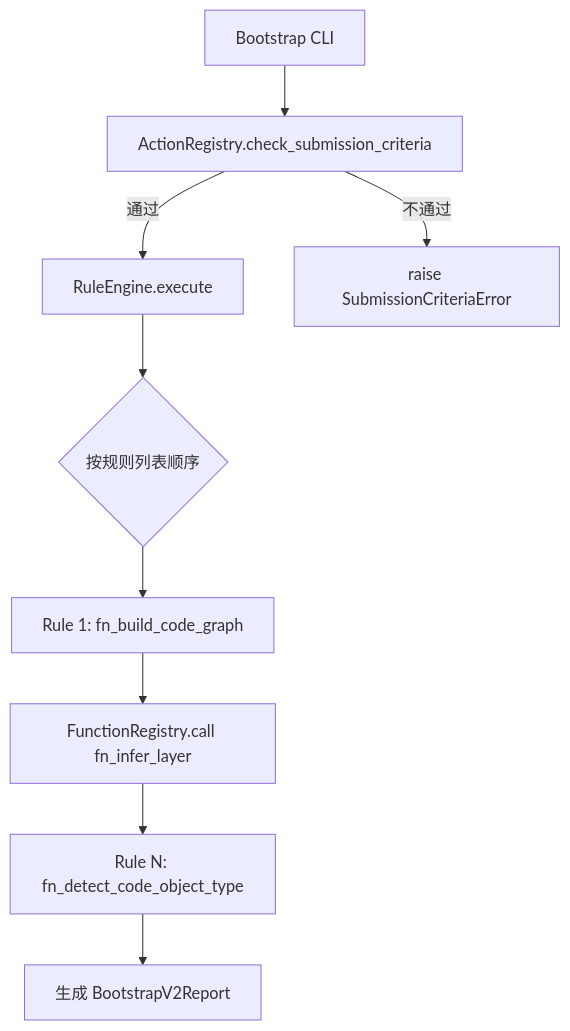
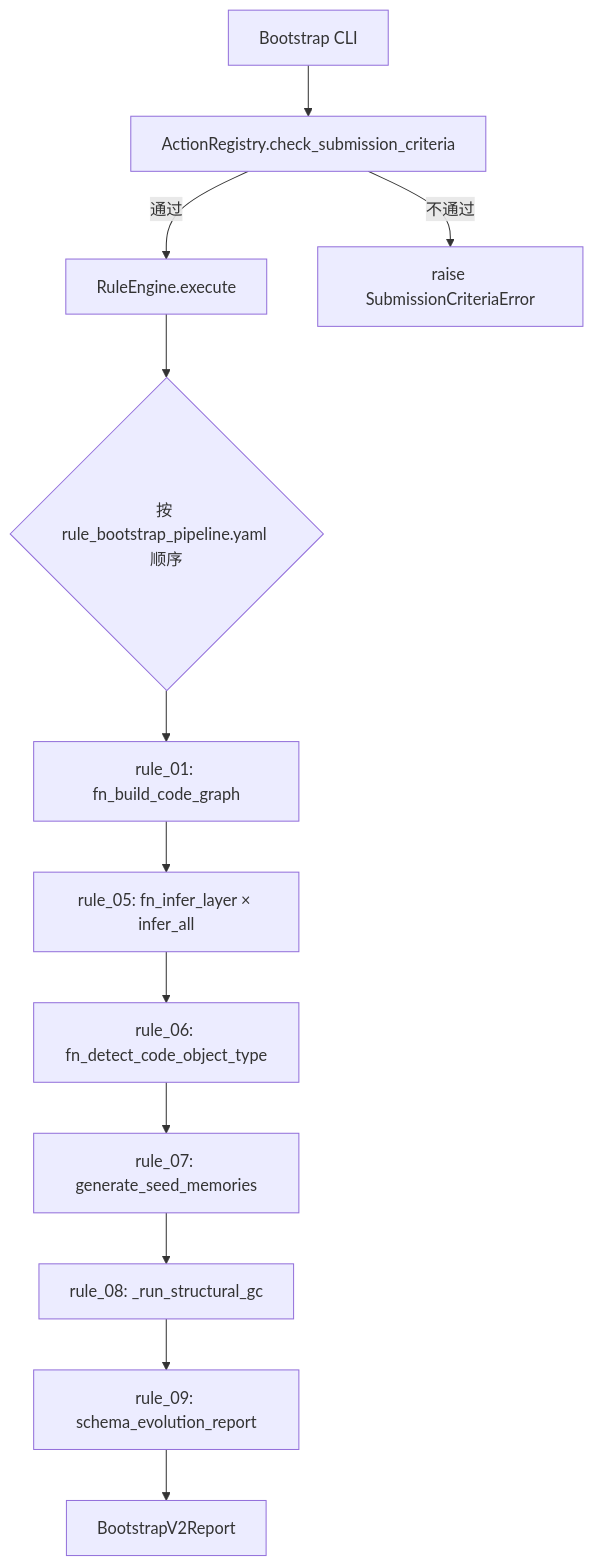
The second of 2 diagrams in src/mms/ontology/onto_readme.md (allengaoo/mms), drawn with Mermaid before and after one commit. The commit also changed other lines of this file and 4 other files, not shown here.

First line of the commit message:
docs: 全面更新 README 文件体系以反映 Schema v5.0 架构

````diff
--- a/src/mms/ontology/onto_readme.md
+++ b/src/mms/ontology/onto_readme.md
@@ -200,11 +213,14 @@
 ```mermaid
 graph TD
     A[Bootstrap CLI] --> B[ActionRegistry.check_submission_criteria]
     B -- 通过 --> C[RuleEngine.execute]
-    C --> D{按规则列表顺序}
-    D --> E[Rule 1: fn_build_code_graph]
-    E --> F[FunctionRegistry.call fn_infer_layer]
-    F --> G[Rule N: fn_detect_code_object_type]
-    G --> H[生成 BootstrapV2Report]
-    B -- 不通过 --> I[raise SubmissionCriteriaError]
+    C --> D{按 rule_bootstrap_pipeline.yaml 顺序}
+    D --> E[rule_01: fn_build_code_graph]
+    E --> F[rule_05: fn_infer_layer × infer_all]
+    F --> G[rule_06: fn_detect_code_object_type]
+    G --> H[rule_07: generate_seed_memories]
+    H --> I[rule_08: _run_structural_gc]
+    I --> J[rule_09: schema_evolution_report]
+    J --> K[BootstrapV2Report]
+    B -- 不通过 --> L[raise SubmissionCriteriaError]
 ```
````
